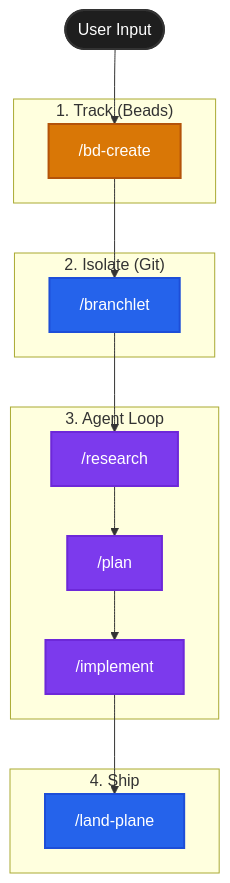
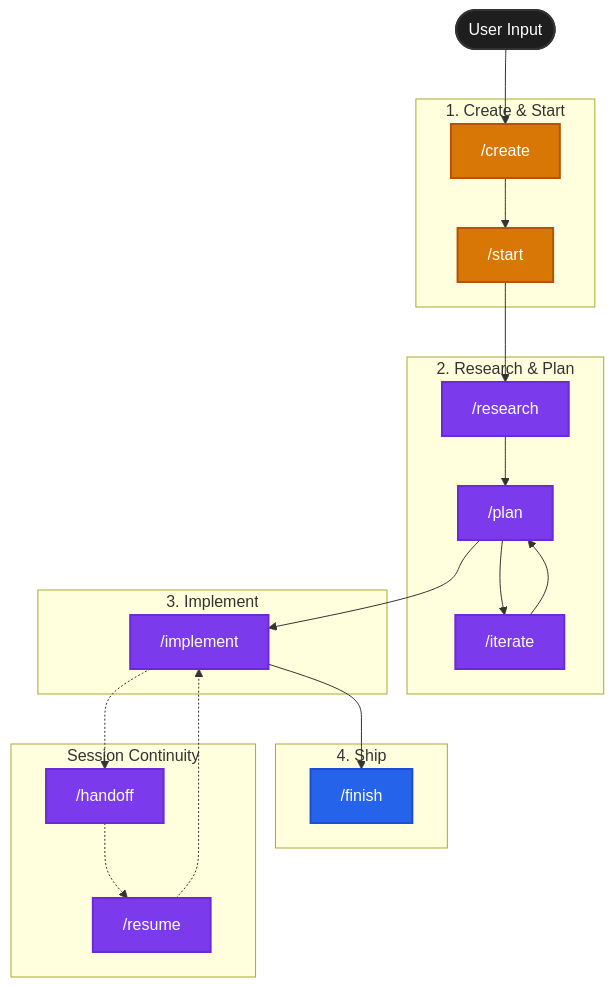
The diagram in README.md (lleewwiiss/opencode-maestro), drawn with Mermaid before and after one commit. The commit also changed other lines of this file and 32 other files, not shown here.

````diff
--- a/README.md
+++ b/README.md
@@ -21,32 +31,44 @@
 ```mermaid
 graph TD
-    %% Styling for Dark Mode / High Contrast
     classDef default fill:#1e1e1e,stroke:#333,stroke-width:2px,color:#fff;
-    classDef bead fill:#d97706,stroke:#b45309,stroke-width:2px,color:#fff; %% Orange/Brown
-    classDef git fill:#2563eb,stroke:#1d4ed8,stroke-width:2px,color:#fff; %% Blue
-    classDef amp fill:#7c3aed,stroke:#6d28d9,stroke-width:2px,color:#fff; %% Purple
+    classDef bead fill:#d97706,stroke:#b45309,stroke-width:2px,color:#fff;
+    classDef git fill:#2563eb,stroke:#1d4ed8,stroke-width:2px,color:#fff;
+    classDef agent fill:#7c3aed,stroke:#6d28d9,stroke-width:2px,color:#fff;
 
     New([User Input]) --> Create
     
-    subgraph "1. Track (Beads)"
-        Create["/bd-create"]:::bead
+    subgraph "1. Create & Start"
+        Create["/create"]:::bead
+        Start["/start"]:::bead
     end
 
-    subgraph "2. Isolate (Git)"
-        Worktree["/branchlet"]:::git
+    subgraph "2. Research & Plan"
+        Research["/research"]:::agent
+        Plan["/plan"]:::agent
+        Iterate["/iterate"]:::agent
     end
 
-    subgraph "3. Agent Loop"
-        Research["/research"]:::amp
-        Research --> Plan["/plan"]:::amp
-        Plan --> Implement["/implement"]:::amp
+    subgraph "3. Implement"
+        Implement["/implement"]:::agent
     end
     
     subgraph "4. Ship"
-        Land["/land-plane"]:::git
+        Finish["/finish"]:::git
     end
 
-    Create --> Worktree
-    Worktree --> Research
-    Implement --> Land
+    subgraph "Session Continuity"
+        Handoff["/handoff"]:::agent
+        Resume["/resume"]:::agent
+    end
+
+    Create --> Start
+    Start --> Research
+    Research --> Plan
+    Plan --> Iterate
+    Iterate --> Plan
+    Plan --> Implement
+    Implement --> Finish
+    Implement -.-> Handoff
+    Handoff -.-> Resume
+    Resume -.-> Implement
 ```
````
